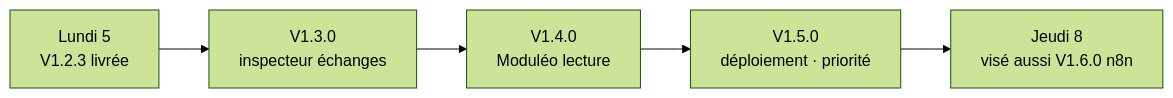
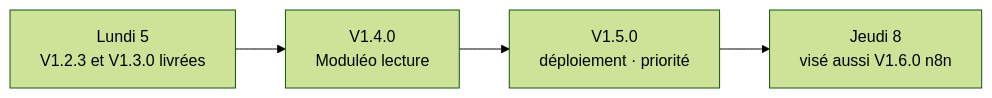
One commit to UlyssouLV/BBASS-Agents-IA changed the second of 2 diagrams in README.md. Above: the diagram before and after it, drawn with Mermaid (forest theme). The commit also changed other lines of this file and 1 other file, not shown here.

````diff
--- a/README.md
+++ b/README.md
@@ -37,7 +37,6 @@
 ```mermaid
 flowchart LR
-  L05["Lundi 5<br/>V1.2.3 livrée"] --> V130["V1.3.0<br/>inspecteur échanges"]
-  V130 --> V140["V1.4.0<br/>Moduléo lecture"]
+  L05["Lundi 5<br/>V1.2.3 et V1.3.0 livrées"] --> V140["V1.4.0<br/>Moduléo lecture"]
   V140 --> V150["V1.5.0<br/>déploiement · priorité"]
   V150 --> V08["Jeudi 8<br/>visé aussi V1.6.0 n8n"]
 ```
````
